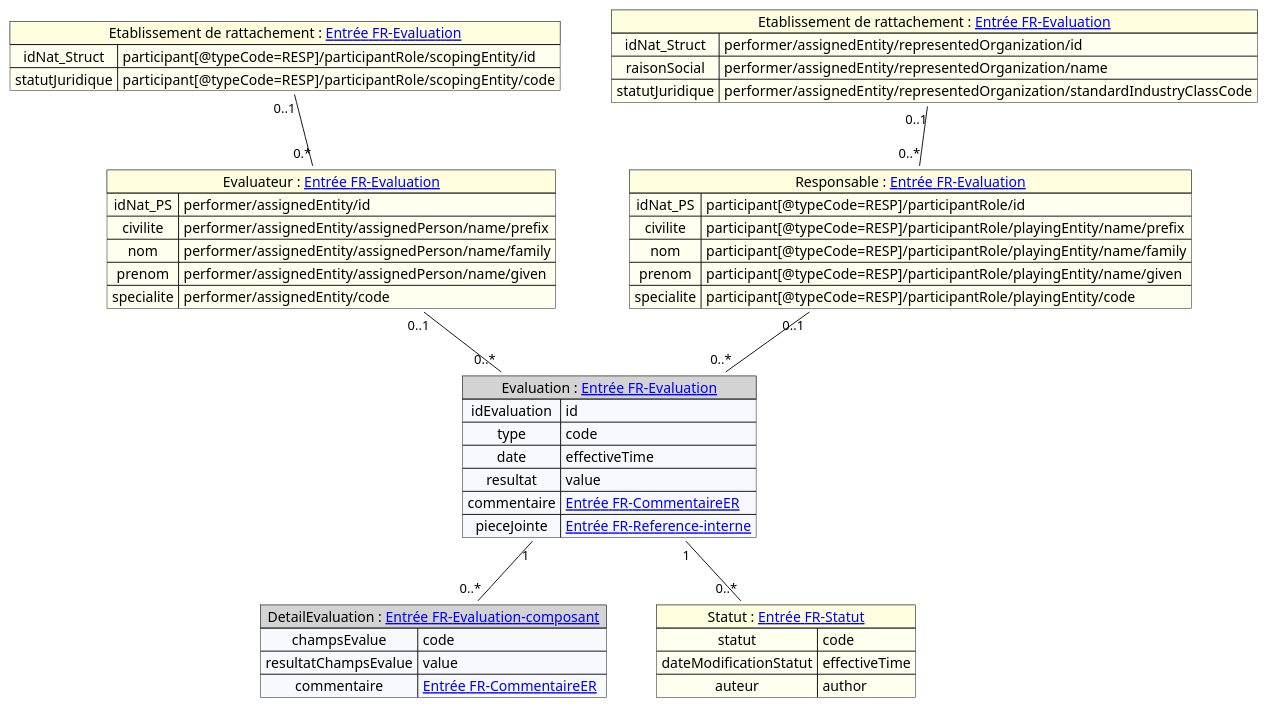
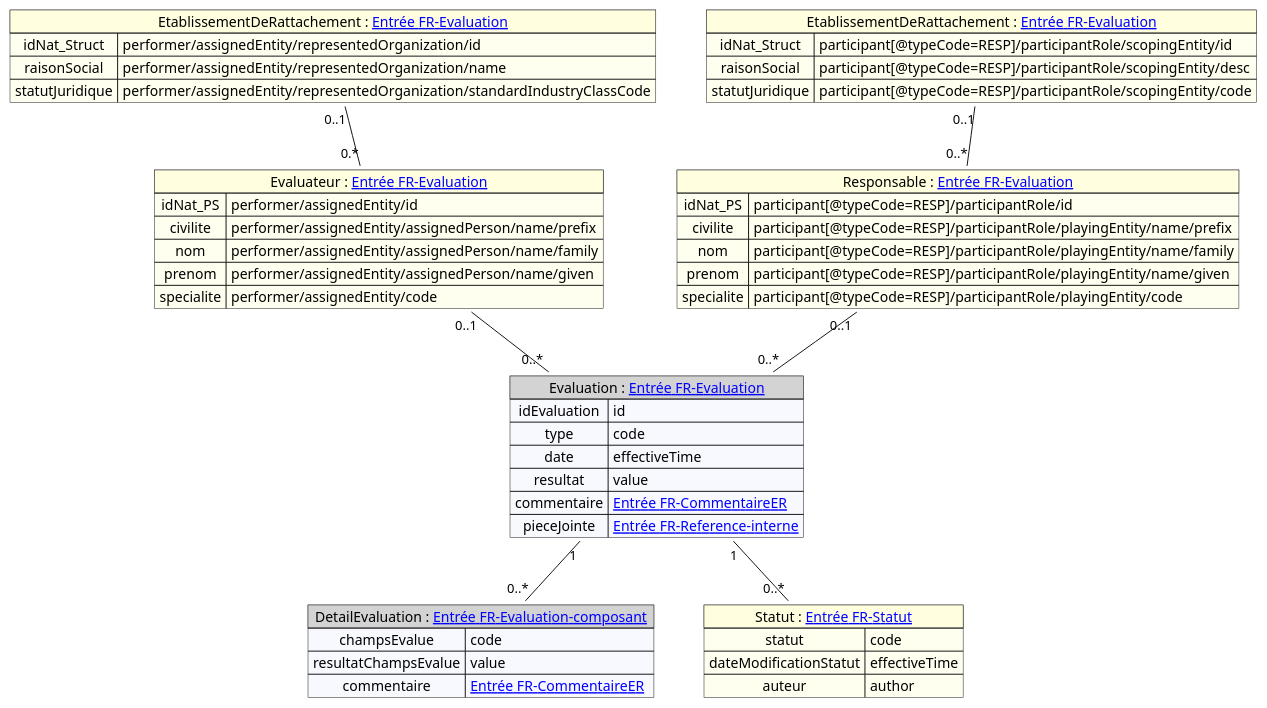
One commit to ansforge/IG-fhir-transfert-donnees-dui-esms changed the diagram in input/images-source/mapping_evaluation.plantuml. Above: the diagram before and after it, drawn with PlantUML. The commit also changed 3 other files, not shown here.

```diff
--- a/input/images-source/mapping_evaluation.plantuml
+++ b/input/images-source/mapping_evaluation.plantuml
@@ -1,63 +1,64 @@
 @startuml
 
 
 map "Evaluation : [[contenu_dossier_corps_cda.html Entrée FR-Evaluation]]" as Evaluation #back:GhostWhite;header:LightGray{
     idEvaluation => id
     type => code
     date => effectiveTime
     resultat => value
     commentaire => [[contenu_dossier_corps_cda.html Entrée FR-CommentaireER]]
     pieceJointe => [[contenu_dossier_corps_cda.html Entrée FR-Reference-interne]]
 }
 
 
 map "DetailEvaluation : [[contenu_dossier_corps_cda.html Entrée FR-Evaluation-composant]]" as DetailEvaluation #back:GhostWhite;header:LightGray{
     champsEvalue => code
     resultatChampsEvalue => value
     commentaire => [[contenu_dossier_corps_cda.html Entrée FR-CommentaireER]]
 }
 
 map "Evaluateur : [[contenu_dossier_corps_cda.html Entrée FR-Evaluation]]" as Evaluateur#back:Ivory;header:LightYellow {
     idNat_PS => performer/assignedEntity/id
     civilite => performer/assignedEntity/assignedPerson/name/prefix
     nom => performer/assignedEntity/assignedPerson/name/family
     prenom => performer/assignedEntity/assignedPerson/name/given
     specialite => performer/assignedEntity/code
 }
 
-map "Etablissement de rattachement : [[contenu_dossier_corps_cda.html Entrée FR-Evaluation]]" as etablissementDeRattachementResp #back:Ivory;header:LightYellow {
+map "EtablissementDeRattachement : [[contenu_dossier_corps_cda.html Entrée FR-Evaluation]]" as etablissementDeRattachementEval #back:Ivory;header:LightYellow {
     idNat_Struct => performer/assignedEntity/representedOrganization/id
     raisonSocial => performer/assignedEntity/representedOrganization/name
     statutJuridique =>  performer/assignedEntity/representedOrganization/standardIndustryClassCode
 }
 
 map "Responsable : [[contenu_dossier_corps_cda.html Entrée FR-Evaluation]]" as Responsable#back:Ivory;header:LightYellow {
     idNat_PS => participant[@typeCode=RESP]/participantRole/id
     civilite => participant[@typeCode=RESP]/participantRole/playingEntity/name/prefix
     nom => participant[@typeCode=RESP]/participantRole/playingEntity/name/family
     prenom => participant[@typeCode=RESP]/participantRole/playingEntity/name/given
     specialite => participant[@typeCode=RESP]/participantRole/playingEntity/code
 }
 
-map "Etablissement de rattachement : [[contenu_dossier_corps_cda.html Entrée FR-Evaluation]]" as etablissementDeRattachementEval #back:Ivory;header:LightYellow {
+map "EtablissementDeRattachement : [[contenu_dossier_corps_cda.html Entrée FR-Evaluation]]" as etablissementDeRattachementResp #back:Ivory;header:LightYellow {
     idNat_Struct => participant[@typeCode=RESP]/participantRole/scopingEntity/id
+    raisonSocial => participant[@typeCode=RESP]/participantRole/scopingEntity/desc
     statutJuridique => participant[@typeCode=RESP]/participantRole/scopingEntity/code
 }
 
 map "Statut : [[contenu_dossier_corps_cda.html Entrée FR-Statut]]" as Statut #back:Ivory;header:LightYellow{
     statut => code
     dateModificationStatut => effectiveTime
     auteur => author
    
 }
 
 'Liens entre éléments
 Evaluateur "0..1" -- "0..*" Evaluation
 Responsable "0..1" -- "0..*" Evaluation
 Evaluation "1" -- "0..*" DetailEvaluation
 Evaluation "1" -- "0..*" Statut
 etablissementDeRattachementResp "0..1" -- "0..*" Responsable
 etablissementDeRattachementEval "0..1" -- "0.*" Evaluateur
 
 
 @enduml
```
